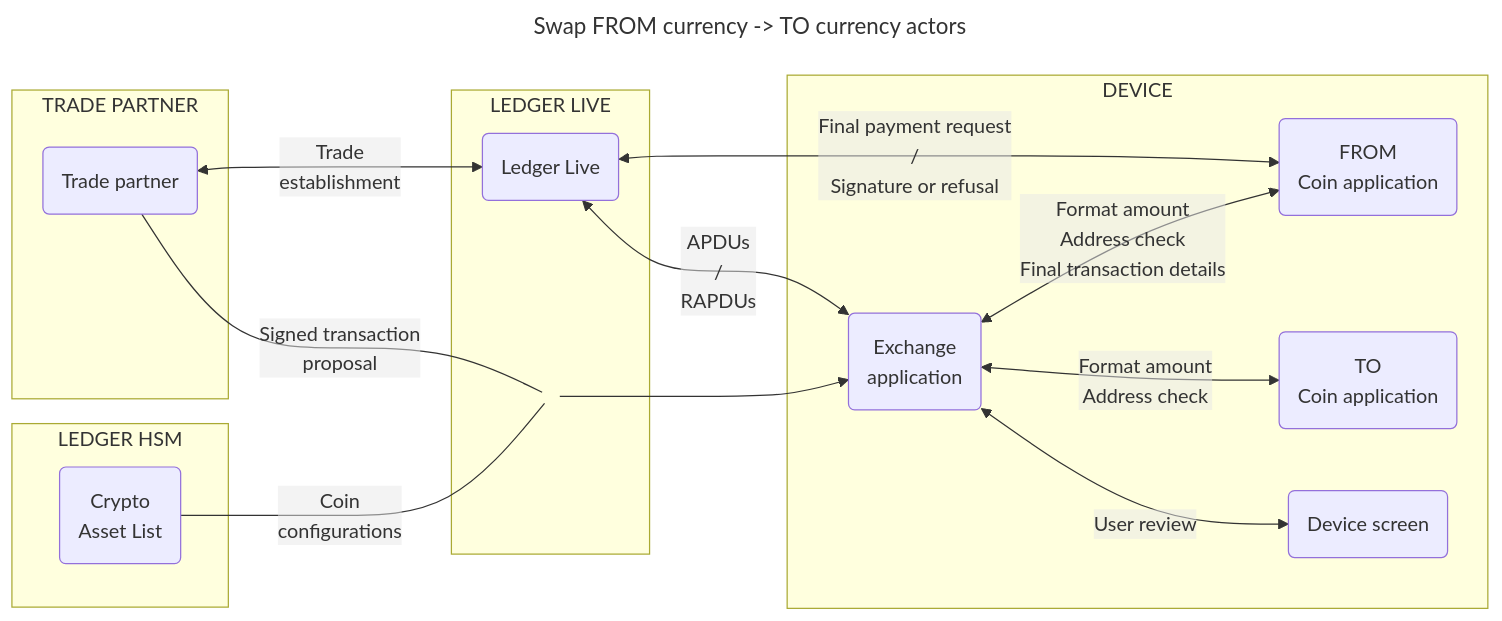
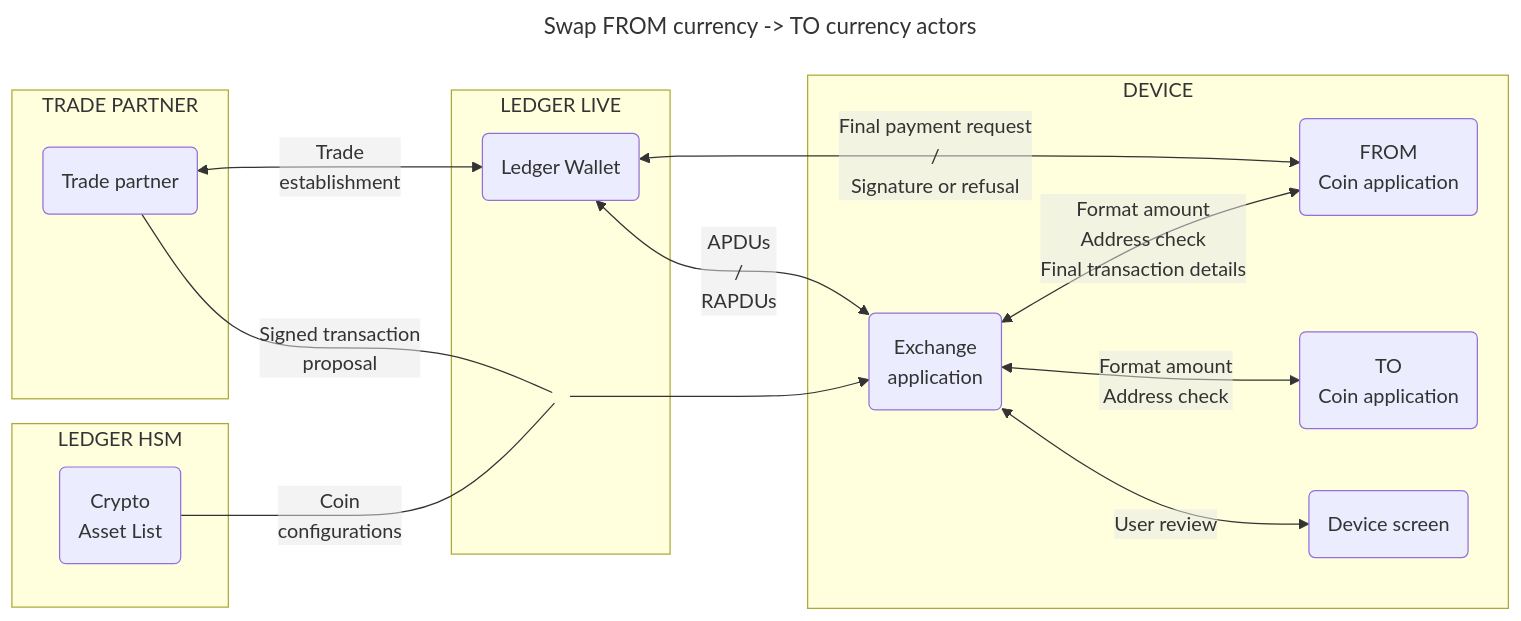
Before and after one commit to LedgerHQ/app-exchange: the diagram in docs/index.md, drawn with Mermaid. The commit also changed other lines of this file and 19 other files, not shown here.

Commit message:
Rename Ledger Live to Ledger Wallet

````diff
--- a/docs/index.md
+++ b/docs/index.md
@@ -19,41 +19,41 @@
 ```mermaid
 ---
 title: Swap FROM currency -> TO currency actors
 ---
 flowchart LR
     classDef invisible width:0px,height:0px,stroke-width:0px,fill:transparent;
 
     subgraph P[TRADE PARTNER]
         PAR@{ shape: rounded, label: "Trade partner" }
     end
 
     subgraph HSM[LEDGER HSM]
         CAL@{ shape: rounded, label: "Crypto<br>Asset List" }
     end
 
     subgraph LL[LEDGER LIVE]
-        LLC@{ shape: rounded, label: "Ledger Live" }
+        LLC@{ shape: rounded, label: "Ledger Wallet" }
         %% Fake node to force the Partner -> Exchange line to go through the LL box
         FAKE((" ")):::invisible
     end
 
     subgraph D[DEVICE]
         EX@{ shape: rounded, label: "Exchange<br>application" }
         FROM@{ shape: rounded, label: "FROM<br>Coin application" }
         TO@{ shape: rounded, label: "TO<br>Coin application" }
         SCREEN@{ shape: rounded, label: "Device screen" }
     end
 
     PAR <-- "<div style='background:transparent;'>Trade<br>establishment" -->LLC
     PAR -- "<div style='background:transparent;'>Signed transaction<br>proposal" ---FAKE
 
     CAL -- "<div style='background:transparent;'>Coin<br>configurations" --- FAKE
 
     LLC <-- "<div style='background:transparent;'>Final payment request<br>/<br>Signature or refusal" -->FROM
     LLC <-- "<div style='background:transparent;'>APDUs<br>/<br>RAPDUs" -->EX
 
     EX <-- "<div style='background:transparent;'>Format amount<br>Address check" -->TO
     EX <-- "<div style='background:transparent;'>Format amount<br>Address check<br>Final transaction details" -->FROM
     FAKE -->EX
     EX <-- "<div style='background:transparent;'>User review" -->SCREEN
 ```
````
